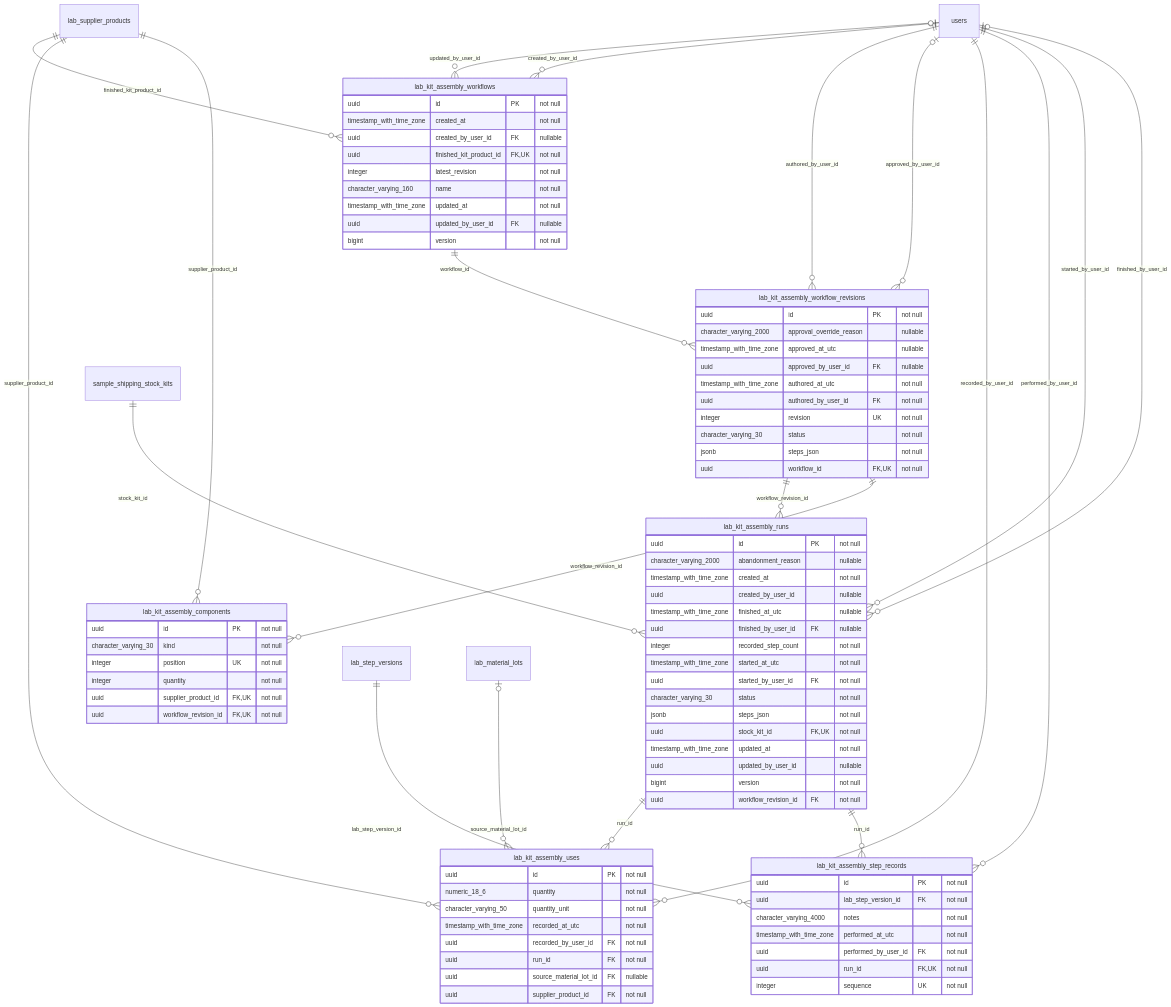
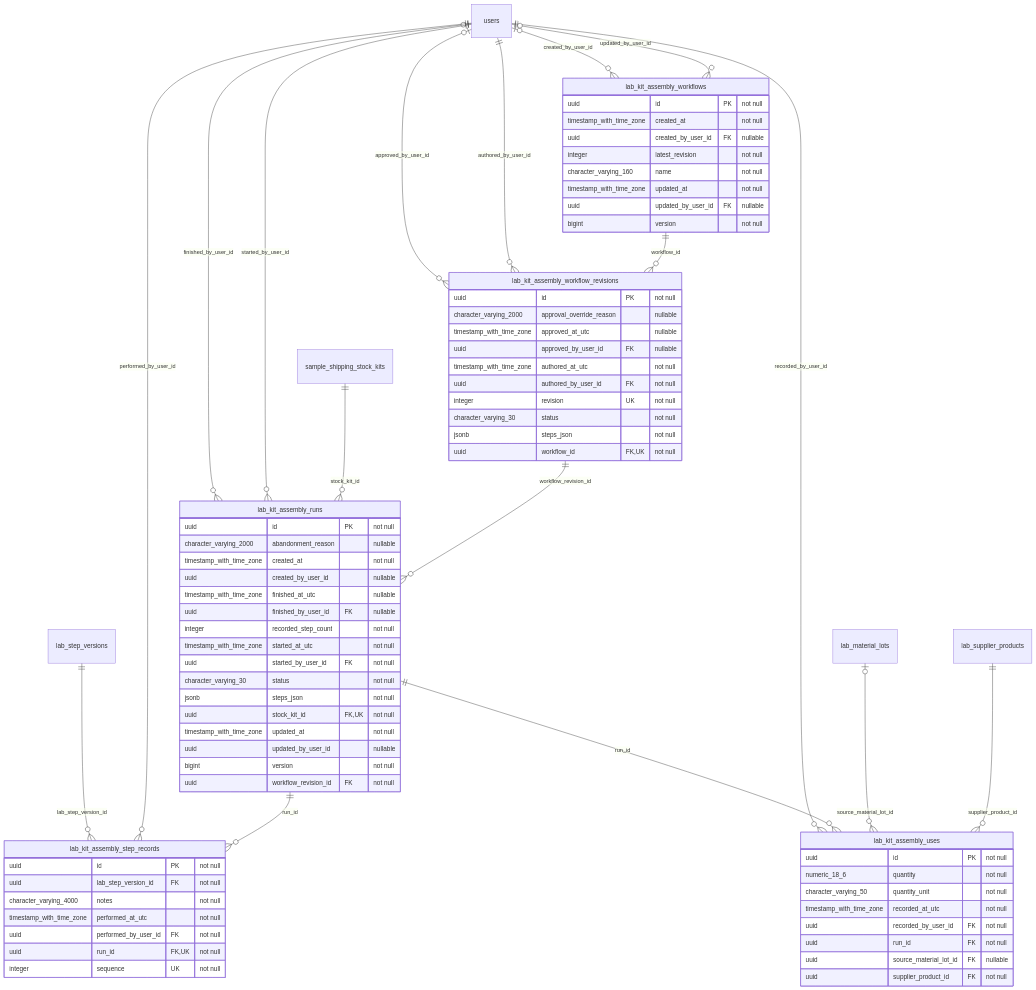
One commit to behaack/phaeno-ops-mgmt-system changed diagram 30 of 35 in docs/database-erd.md. Above: the diagram before and after it, drawn with Mermaid. The commit also changed other lines of this file and 249 other files, not shown here.

````diff
--- a/docs/database-erd.md
+++ b/docs/database-erd.md
@@ -4075,13 +4055,5 @@
 ```mermaid
 erDiagram
-    lab_kit_assembly_components {
-        uuid id PK "not null"
-        character_varying_30 kind "not null"
-        integer position UK "not null"
-        integer quantity "not null"
-        uuid supplier_product_id FK,UK "not null"
-        uuid workflow_revision_id FK,UK "not null"
-    }
     lab_kit_assembly_runs {
         uuid id PK "not null"
         character_varying_2000 abandonment_reason "nullable"
@@ -4135,15 +4107,12 @@
         uuid id PK "not null"
         timestamp_with_time_zone created_at "not null"
         uuid created_by_user_id FK "nullable"
-        uuid finished_kit_product_id FK,UK "not null"
         integer latest_revision "not null"
         character_varying_160 name "not null"
         timestamp_with_time_zone updated_at "not null"
         uuid updated_by_user_id FK "nullable"
         bigint version "not null"
     }
-    lab_supplier_products ||--o{ lab_kit_assembly_components : "supplier_product_id"
-    lab_kit_assembly_workflow_revisions ||--o{ lab_kit_assembly_components : "workflow_revision_id"
     users o|--o{ lab_kit_assembly_runs : "finished_by_user_id"
     users ||--o{ lab_kit_assembly_runs : "started_by_user_id"
     sample_shipping_stock_kits ||--o{ lab_kit_assembly_runs : "stock_kit_id"
@@ -4159,6 +4128,5 @@
     users ||--o{ lab_kit_assembly_workflow_revisions : "authored_by_user_id"
     lab_kit_assembly_workflows ||--o{ lab_kit_assembly_workflow_revisions : "workflow_id"
     users o|--o{ lab_kit_assembly_workflows : "created_by_user_id"
-    lab_supplier_products ||--o{ lab_kit_assembly_workflows : "finished_kit_product_id"
     users o|--o{ lab_kit_assembly_workflows : "updated_by_user_id"
 ```
````
